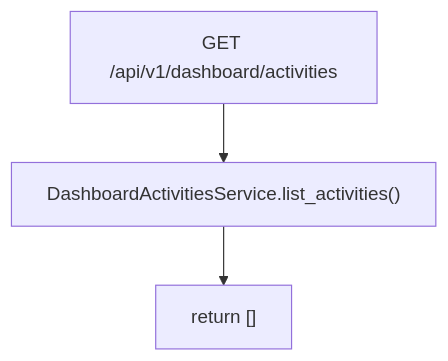
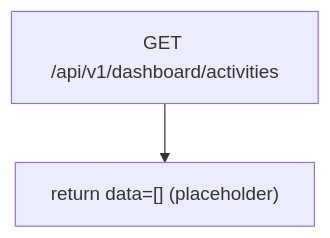
The diagram in docs/Obsidian/reference/service/dashboard-activities-service.md (nyealovey/WhaleFall), drawn with Mermaid before and after one commit. The commit also changed other lines of this file and 46 other files, not shown here.

````diff
--- a/docs/Obsidian/reference/service/dashboard-activities-service.md
+++ b/docs/Obsidian/reference/service/dashboard-activities-service.md
@@ -45,5 +45,4 @@
 ```mermaid
 flowchart TB
-    A["GET /api/v1/dashboard/activities"] --> S["DashboardActivitiesService.list_activities()"]
-    S --> R["return []"]
+    A["GET /api/v1/dashboard/activities"] --> R["return data=[] (placeholder)"]
 ```
````
